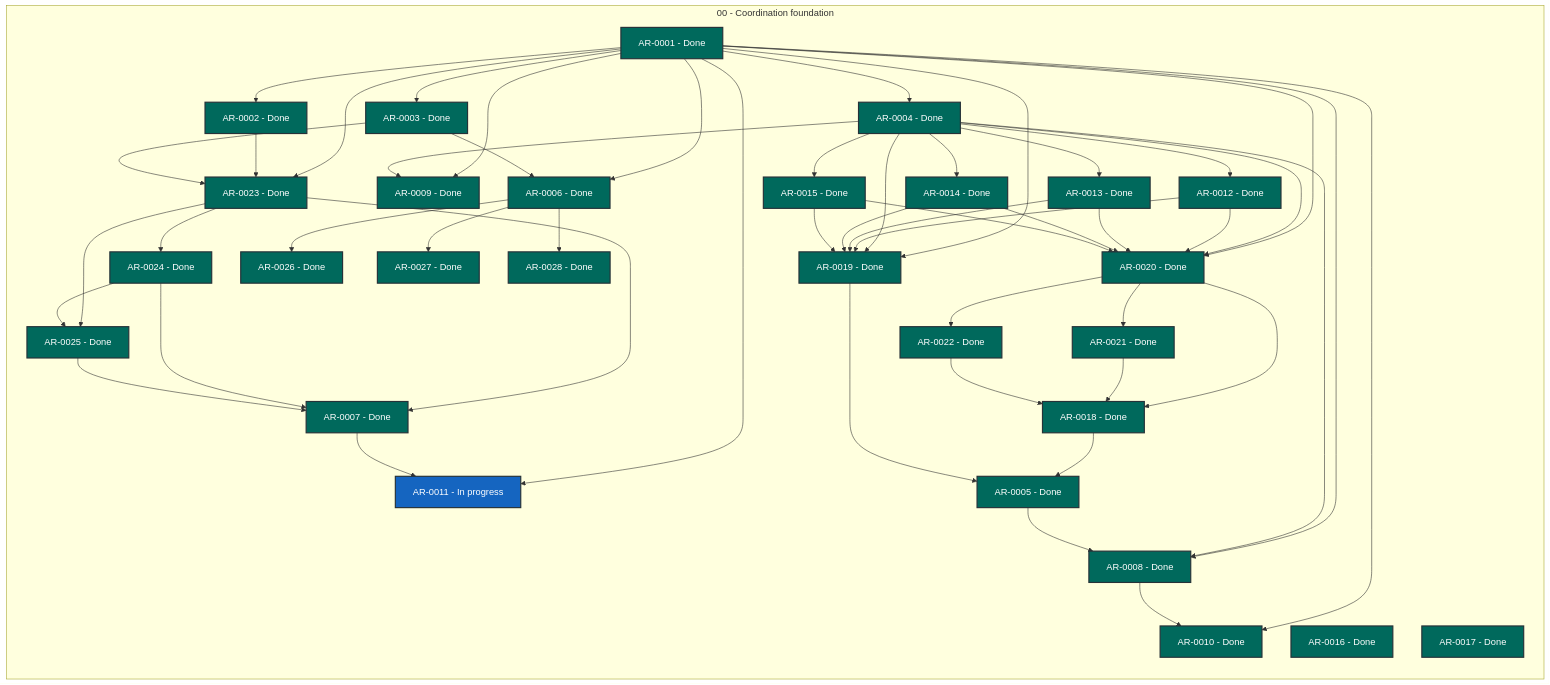
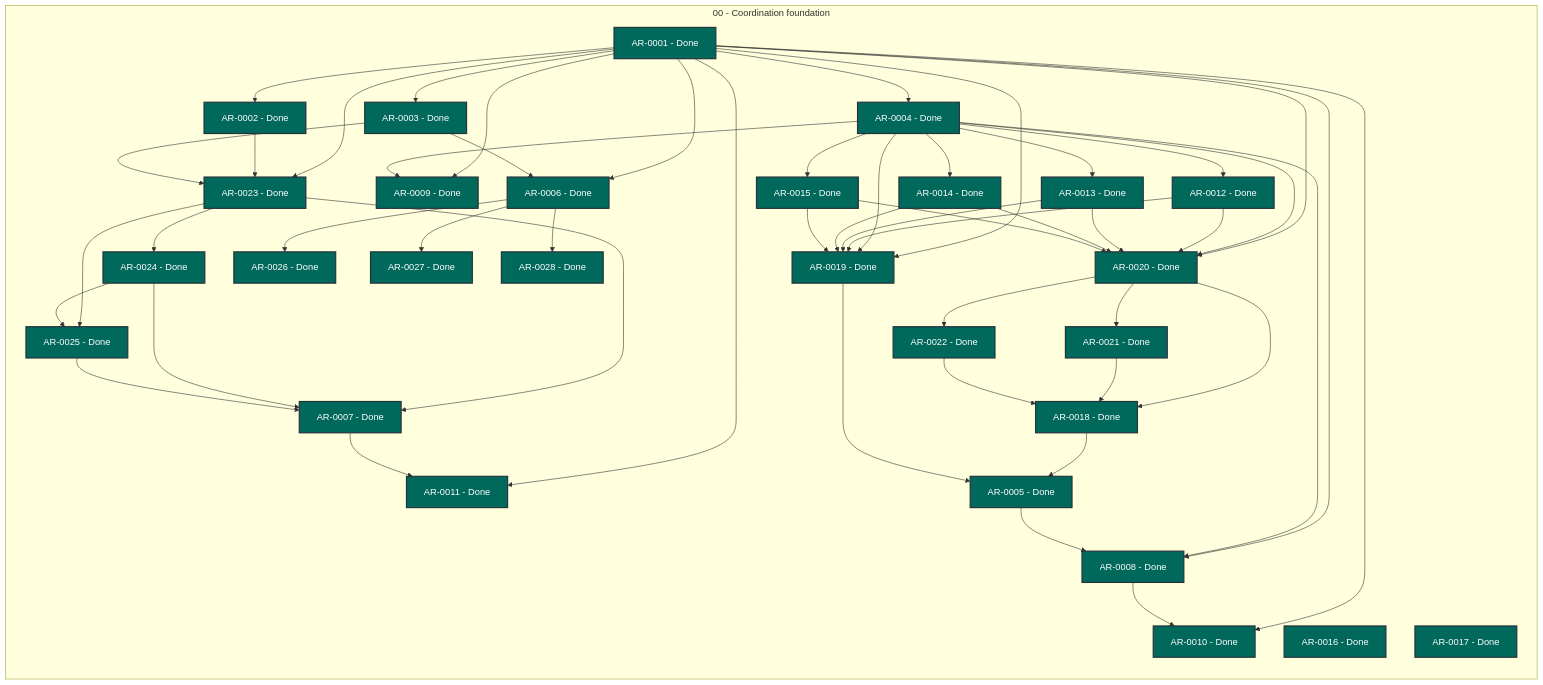
One commit to martin-beck/agent-workflow-quality-state changed the diagram in STATUS.md. Above: the diagram before and after it, drawn with Mermaid. The commit also changed other lines of this file and 2 other files, not shown here.

```diff
--- a/STATUS.md
+++ b/STATUS.md
@@ -38,7 +38,7 @@
         AR_0008["AR-0008 - Done"]:::status_done
         AR_0009["AR-0009 - Done"]:::status_done
         AR_0010["AR-0010 - Done"]:::status_done
-        AR_0011["AR-0011 - In progress"]:::status_in_progress
+        AR_0011["AR-0011 - Done"]:::status_done
         AR_0012["AR-0012 - Done"]:::status_done
         AR_0013["AR-0013 - Done"]:::status_done
         AR_0014["AR-0014 - Done"]:::status_done
```
